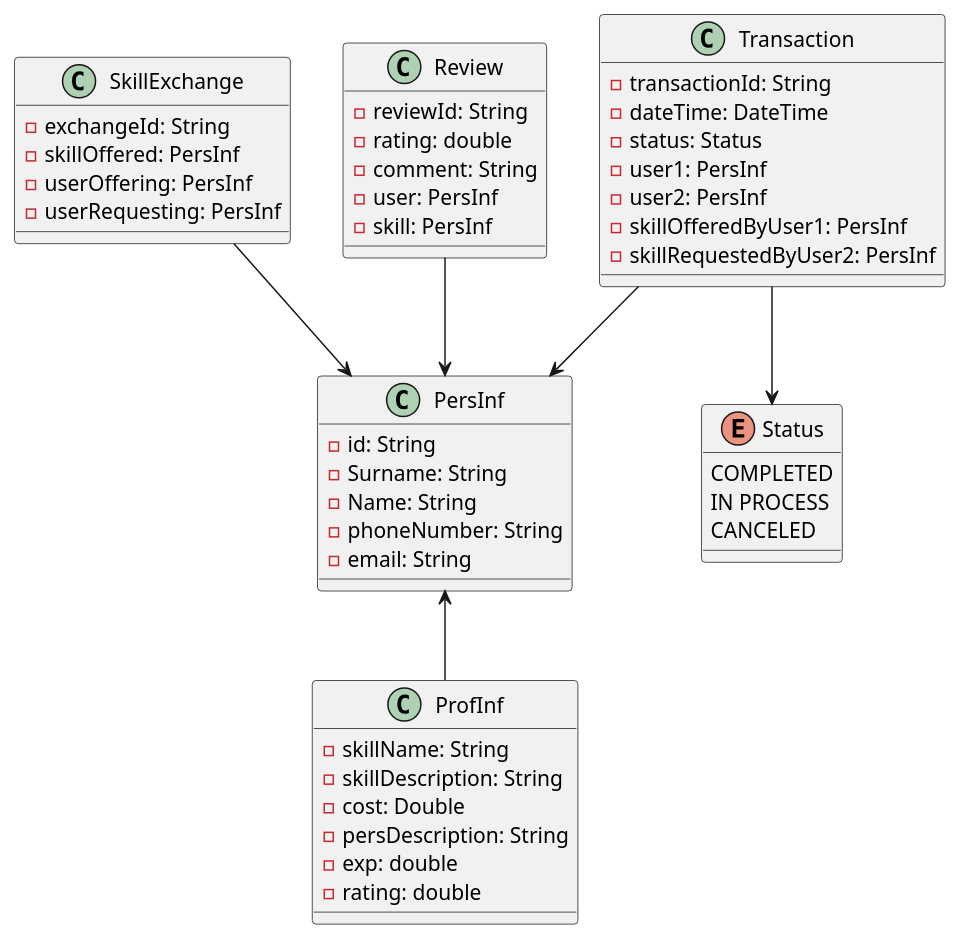
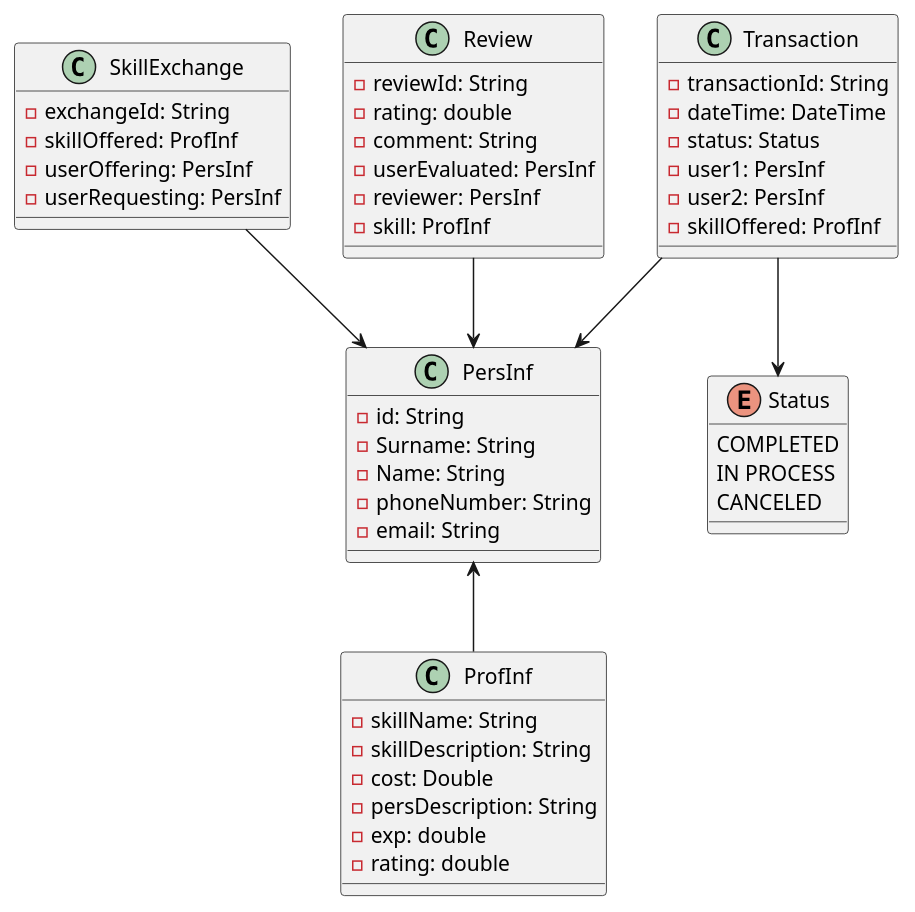
The diagram in src/main/uml/ClassDiagram.puml (Xastt/SkillSwapArchitecture), drawn with PlantUML before and after one commit. The commit also changed 4 other files, not shown here.

```diff
--- a/src/main/uml/ClassDiagram.puml
+++ b/src/main/uml/ClassDiagram.puml
@@ -1,60 +1,58 @@
 @startuml
 
 class PersInf {
     -id: String
     -Surname: String
     -Name: String
     -phoneNumber: String
     -email: String
 }
 
 class ProfInf {
     -skillName: String
     -skillDescription: String
     -cost: Double
     -persDescription: String
     -exp: double
     -rating: double
 }
 
 class SkillExchange {
     -exchangeId: String
-    -skillOffered: PersInf
+    -skillOffered: ProfInf
     -userOffering: PersInf
     -userRequesting: PersInf
 }
-
-
 
 class Review {
     -reviewId: String
     -rating: double
     -comment: String
-    -user: PersInf
-    -skill: PersInf
+    -userEvaluated: PersInf
+    -reviewer: PersInf
+    -skill: ProfInf
 }
 
 class Transaction {
     -transactionId: String
     -dateTime: DateTime
     -status: Status
     -user1: PersInf
     -user2: PersInf
-    -skillOfferedByUser1: PersInf
-    -skillRequestedByUser2: PersInf
+    -skillOffered: ProfInf
 }
 
 enum Status {
     COMPLETED
     IN PROCESS
     CANCELED
 }
 
 PersInf <-- ProfInf
 SkillExchange --> PersInf
 Review --> PersInf
 Transaction --> PersInf
 Transaction --> Status
 
 
 @enduml
```
